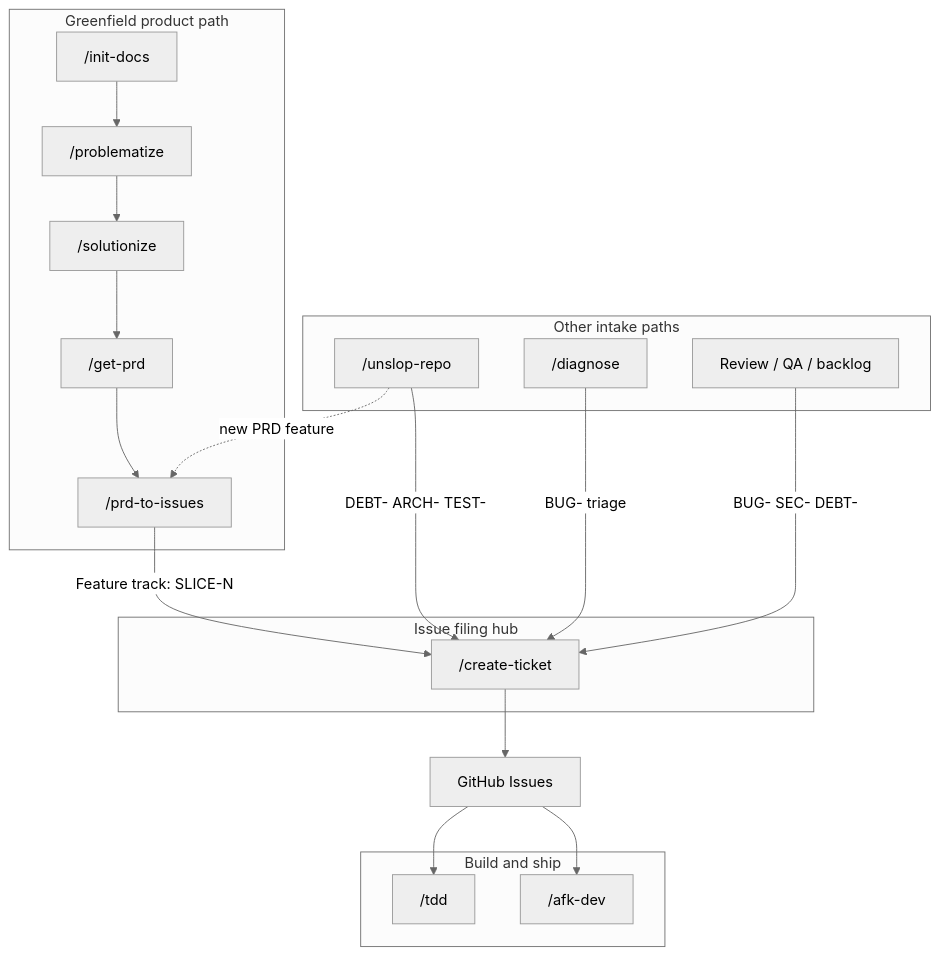
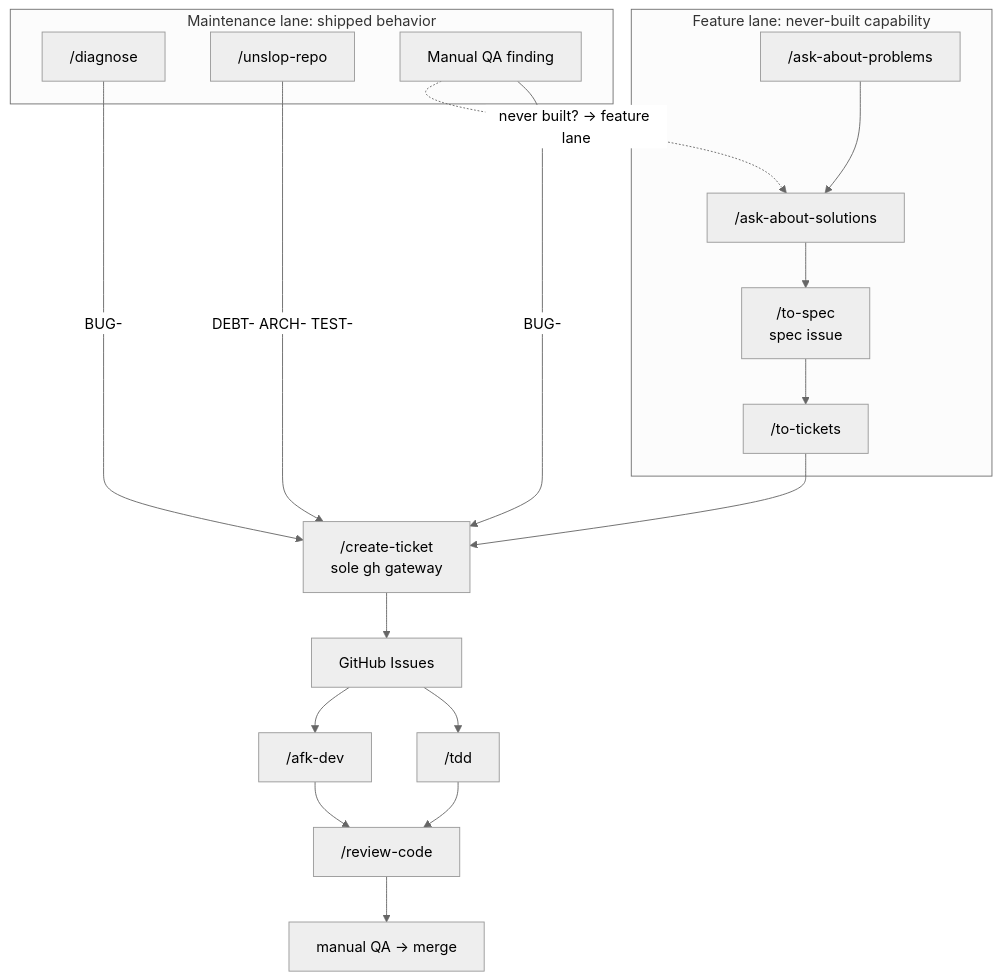
The diagram in README.md (mskhmelik/agent-skills), drawn with Mermaid (neutral theme) before and after one commit. The commit also changed other lines of this file and 3 other files, not shown here.

First line of the commit message:
docs: bring README + rules in line with the two-lane flow (#9)

````diff
--- a/README.md
+++ b/README.md
@@ -54,38 +53,27 @@
 ```mermaid
 flowchart TB
-  subgraph greenfield [Greenfield product path]
-    initDocs["/init-docs"]
-    problematize["/problematize"]
-    solutionize["/solutionize"]
-    getPrd["/get-prd"]
-    prdToIssues["/prd-to-issues"]
-    initDocs --> problematize --> solutionize --> getPrd --> prdToIssues
+  subgraph feature [Feature lane: never-built capability]
+    aap["/ask-about-problems"] --> aas["/ask-about-solutions"]
+    aas --> toSpec["/to-spec<br/>spec issue"]
+    toSpec --> toTickets["/to-tickets"]
   end
 
-  subgraph filing [Issue filing hub]
-    createTicket["/create-ticket"]
+  subgraph maint [Maintenance lane: shipped behavior]
+    diagnose["/diagnose"]
+    unslop["/unslop-repo"]
+    qa["Manual QA finding"]
   end
 
-  subgraph build [Build and ship]
-    tdd["/tdd"]
-    afkDev["/afk-dev"]
-  end
-
-  prdToIssues -->|"Feature track: SLICE-N"| createTicket
-
-  subgraph intake [Other intake paths]
-    unslop["/unslop-repo"]
-    diagnose["/diagnose"]
-    reviewQA["Review / QA / backlog"]
-  end
-
+  toTickets --> createTicket["/create-ticket<br/>sole gh gateway"]
+  diagnose -->|"BUG-"| createTicket
   unslop -->|"DEBT- ARCH- TEST-"| createTicket
-  diagnose -->|"BUG- triage"| createTicket
-  reviewQA -->|"BUG- SEC- DEBT-"| createTicket
+  qa -->|"BUG-"| createTicket
+  qa -.->|"never built? → feature lane"| aas
 
   createTicket --> ghIssues["GitHub Issues"]
-  ghIssues --> tdd
-  ghIssues --> afkDev
-
-  unslop -.->|"new PRD feature"| prdToIssues
+  ghIssues --> tdd["/tdd"]
+  ghIssues --> afkDev["/afk-dev"]
+  tdd --> review["/review-code"]
+  afkDev --> review
+  review --> merge["manual QA → merge"]
 ```
````
